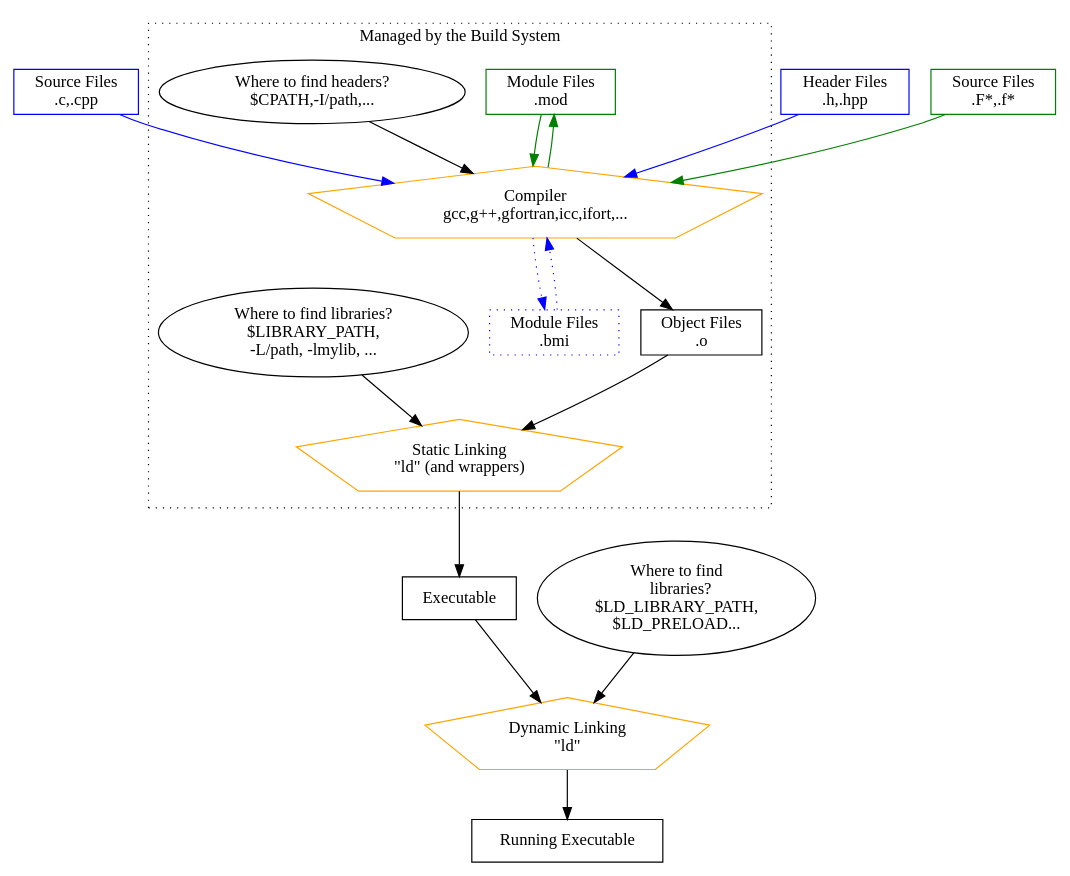
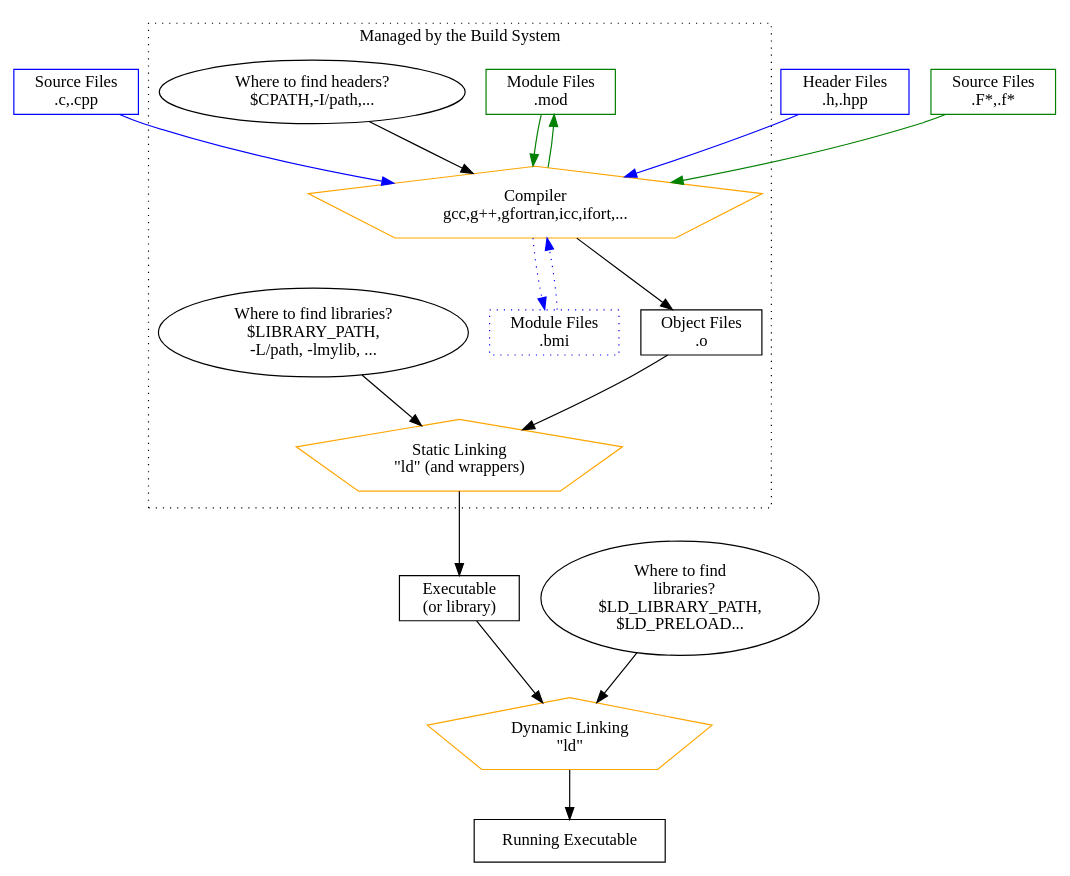
The diagram in files/build.gv (chennachaos/cmake-novice), drawn with Graphviz before and after one commit. The commit also changed 5 other files, not shown here.

```diff
--- a/files/build.gv
+++ b/files/build.gv
@@ -1,43 +1,43 @@
 digraph build {
    sourcesc [ label = "Source Files\n.c,.cpp", color = blue , shape = box];
    headers [ label = "Header Files\n.h,.hpp", color = blue, shape = box ];
    sourcesf [ label = "Source Files\n.F*,.f*" , color = green, shape = box ];
    modulesf [ label = "Module Files\n.mod", color = green, shape = box ];
    modulescpp [ label = "Module Files\n.bmi", color = blue, shape = bo, style =
    dotted];
    compilation [ label = "Compiler\ngcc,g++,gfortran,icc,ifort,...", shape =
   pentagon, color = orange ];
    envscompilation [ label = "Where to find headers?\n$CPATH,-I/path,..." ];
    envslinking [ label = "Where to find libraries?\n$LIBRARY_PATH,\n-L/path, -lmylib, ..." ];
    envslinkingdyn [ label = "Where to find
    libraries?\n$LD_LIBRARY_PATH,\n$LD_PRELOAD..." ];
    objects [label = "Object Files\n.o", shape = box ];
    statlinking [ label = "Static Linking\n\"ld\" (and wrappers)", shape = pentagon, color = orange ] 
-   program [ label = "Executable", shape = box ];
+   program [ label = "Executable \n(or library)", shape = box ];
    dynlinking [ label = "Dynamic Linking\n\"ld\"", shape = pentagon, color =
    orange ] 
    running [label = "Running Executable", shape = box ];
 
    subgraph clustercmake {
      label = "Managed by the Build System";
      style = dotted ;
      compilation modulesf modulescpp objects statlinking envslinking
      envscompilation
    };
 
    envscompilation -> compilation;
    sourcesc -> compilation [color = blue];
    sourcesf -> compilation [color = green] ;
    headers -> compilation [color = blue];
    modulesf -> compilation [color = green];
    modulescpp -> compilation [ color = blue, style = dotted] ;
    compilation -> objects ;
    compilation -> modulesf [color = green ] ;
    compilation -> modulescpp [ color = blue, style = dotted];
    envslinking -> statlinking ;
    objects -> statlinking ; 
    statlinking -> program;
    program -> dynlinking;
    envslinkingdyn -> dynlinking;
    dynlinking -> running;
 }
```
